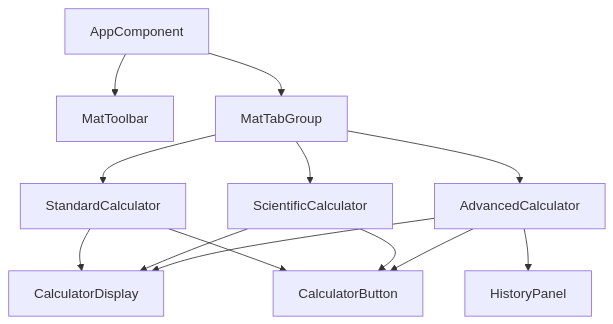
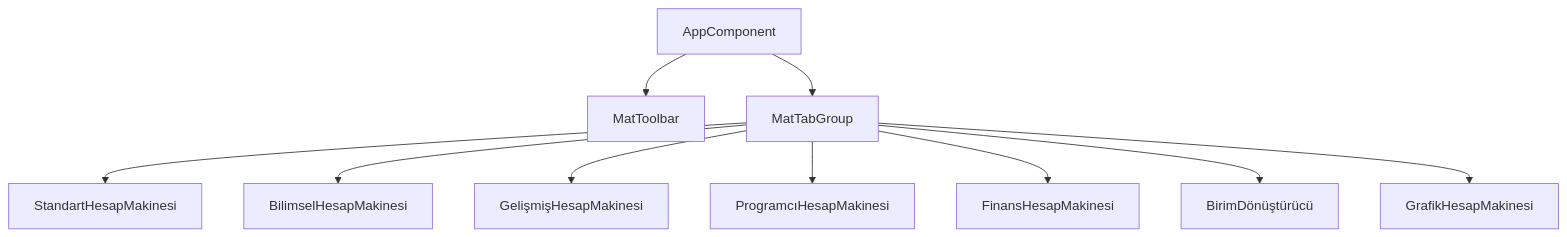
One commit to utkumertgecgel/web-kapsamli-hesap-makinesi changed the diagram in README.md. Above: the diagram before and after it, drawn with Mermaid. The commit also changed other lines of this file and 12 other files, not shown here.

First line of the commit message:
feat: v2.0 - 7 hesap makinesi modu ve Türkçe README

````diff
--- a/README.md
+++ b/README.md
@@ -168,15 +156,12 @@
 ```mermaid
 graph TD
     A[AppComponent] --> B[MatToolbar]
     A --> C[MatTabGroup]
-    C --> D[StandardCalculator]
-    C --> E[ScientificCalculator]
-    C --> F[AdvancedCalculator]
-    D --> G[CalculatorDisplay]
-    D --> H[CalculatorButton]
-    E --> G
-    E --> H
-    F --> G
-    F --> H
-    F --> I[HistoryPanel]
+    C --> D[StandartHesapMakinesi]
+    C --> E[BilimselHesapMakinesi]
+    C --> F[GelişmişHesapMakinesi]
+    C --> G[ProgramcıHesapMakinesi]
+    C --> H[FinansHesapMakinesi]
+    C --> I[BirimDönüştürücü]
+    C --> J[GrafikHesapMakinesi]
 ```
````
